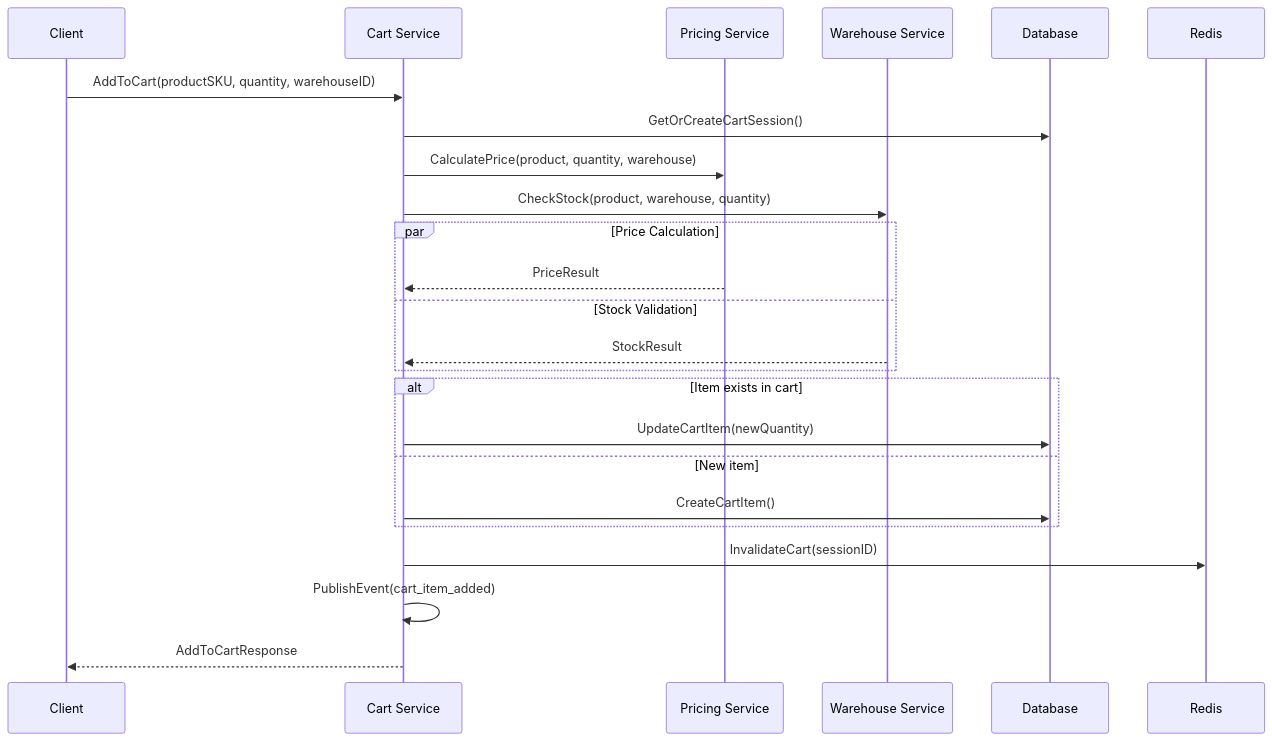
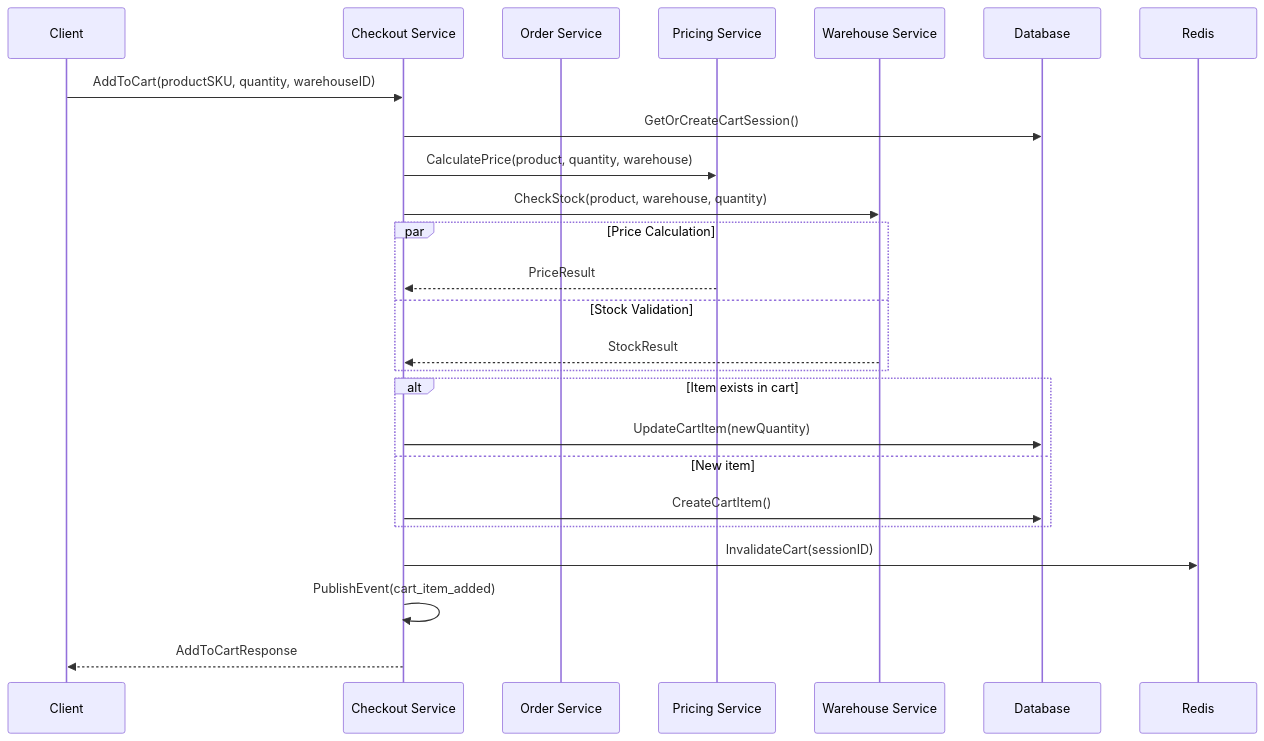
One commit to vesviet/Composable-Commerce-Service-Architecture changed the first of 5 diagrams in 02-business-domains/commerce/cart-management.md. Above: the diagram before and after it, drawn with Mermaid. The commit also changed other lines of this file and 31 other files, not shown here.

````diff
--- a/02-business-domains/commerce/cart-management.md
+++ b/02-business-domains/commerce/cart-management.md
@@ -171,30 +175,31 @@
 ```mermaid
 sequenceDiagram
     participant C as Client
-    participant CS as Cart Service
+    participant CS as Checkout Service
+    participant OS as Order Service
     participant PS as Pricing Service
     participant WS as Warehouse Service
     participant DB as Database
     participant Cache as Redis
 
     C->>CS: AddToCart(productSKU, quantity, warehouseID)
     CS->>DB: GetOrCreateCartSession()
     CS->>PS: CalculatePrice(product, quantity, warehouse)
     CS->>WS: CheckStock(product, warehouse, quantity)
     
     par Price Calculation
         PS-->>CS: PriceResult
     and Stock Validation
         WS-->>CS: StockResult
     end
     
     alt Item exists in cart
         CS->>DB: UpdateCartItem(newQuantity)
     else New item
         CS->>DB: CreateCartItem()
     end
     
     CS->>Cache: InvalidateCart(sessionID)
     CS->>CS: PublishEvent(cart_item_added)
     CS-->>C: AddToCartResponse
 ```
````
